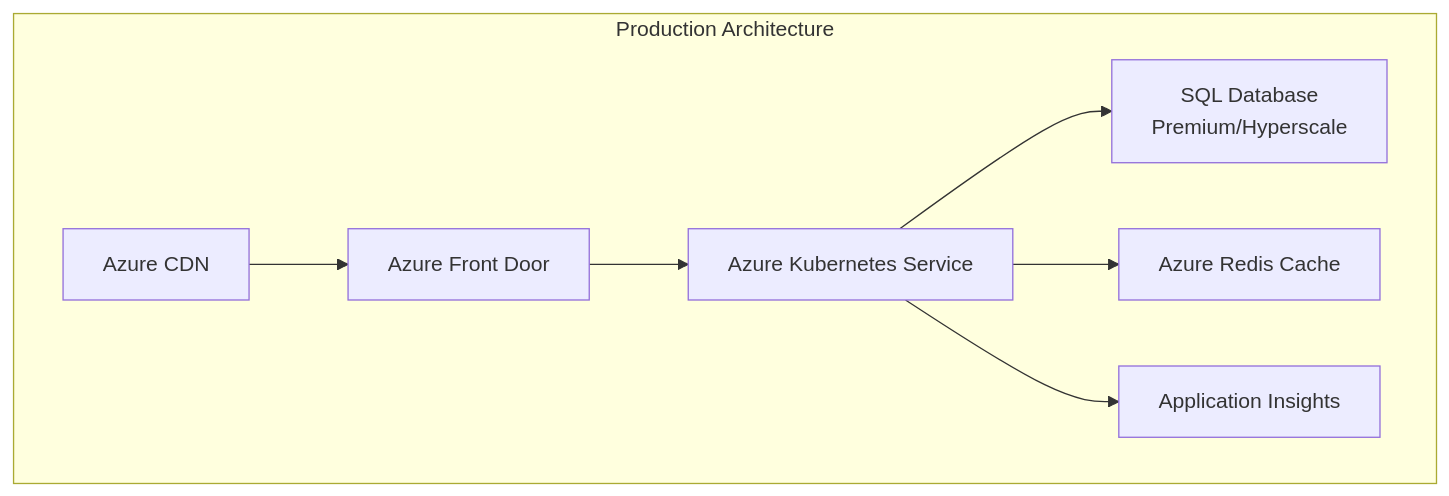
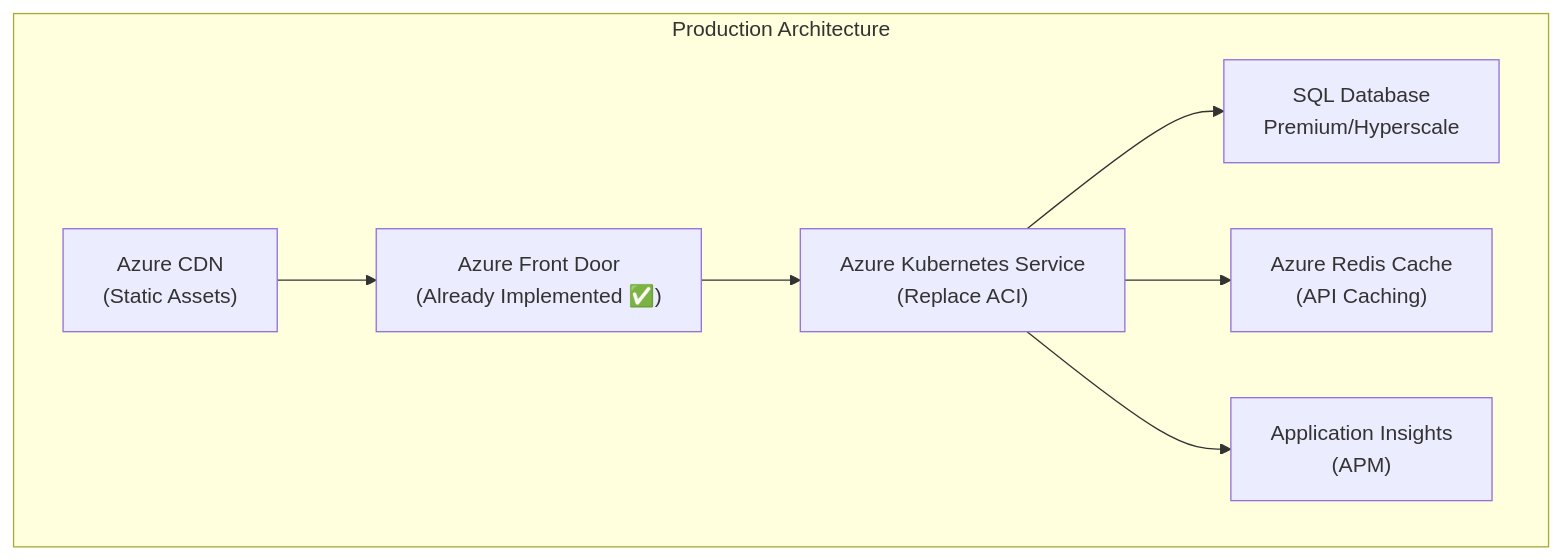
One commit to fgarofalo56/azure-dab-fullstack-demo changed diagram 13 of 13 in docs/architecture.md. Above: the diagram before and after it, drawn with Mermaid. The commit also changed other lines of this file and 2 other files, not shown here.

First line of the commit message:
docs: update architecture diagrams with Front Door and Log Analytics

````diff
--- a/docs/architecture.md
+++ b/docs/architecture.md
@@ -676,17 +706,17 @@
 ```mermaid
 graph TB
     subgraph Production["Production Architecture"]
-        CDN["Azure CDN"]
-        FrontDoor["Azure Front Door"]
-        AKS["Azure Kubernetes Service"]
+        CDN["Azure CDN<br/>(Static Assets)"]
+        FrontDoor["Azure Front Door<br/>(Already Implemented ✅)"]
+        AKS["Azure Kubernetes Service<br/>(Replace ACI)"]
         SQLHA["SQL Database<br/>Premium/Hyperscale"]
-        Redis["Azure Redis Cache"]
-        AppInsights["Application Insights"]
+        Redis["Azure Redis Cache<br/>(API Caching)"]
+        AppInsights["Application Insights<br/>(APM)"]
     end
 
     CDN --> FrontDoor
     FrontDoor --> AKS
     AKS --> SQLHA
     AKS --> Redis
     AKS --> AppInsights
 ```
````
